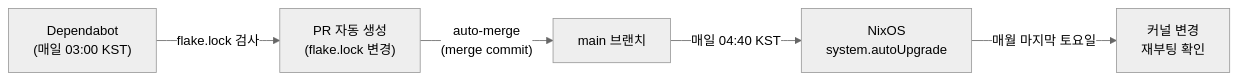
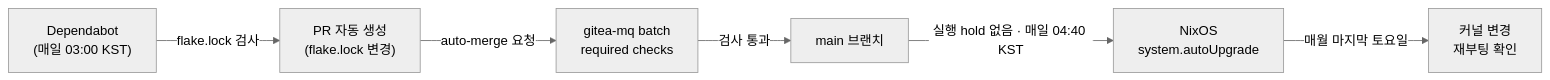
Before and after one commit to SBEE-Lab/infra: the third of 3 diagrams in docs/admin/ci-cd.md, drawn with Mermaid (neutral theme). The commit also changed other lines of this file and 49 other files, not shown here.

````diff
--- a/docs/admin/ci-cd.md
+++ b/docs/admin/ci-cd.md
@@ -175,7 +175,8 @@
 ```mermaid
 flowchart LR
   cron["Dependabot<br/>(매일 03:00 KST)"] -- "flake.lock 검사" --> pr["PR 자동 생성<br/>(flake.lock 변경)"]
-  pr -- "auto-merge<br/>(merge commit)" --> main["main 브랜치"]
-  main -- "매일 04:40 KST" --> upgrade["NixOS<br/>system.autoUpgrade"]
+  pr -- "auto-merge 요청" --> mq["gitea-mq batch<br/>required checks"]
+  mq -- "검사 통과" --> main["main 브랜치"]
+  main -- "실행 hold 없음 · 매일 04:40 KST" --> upgrade["NixOS<br/>system.autoUpgrade"]
   upgrade -- "매월 마지막 토요일" --> reboot["커널 변경<br/>재부팅 확인"]
 ```
````
